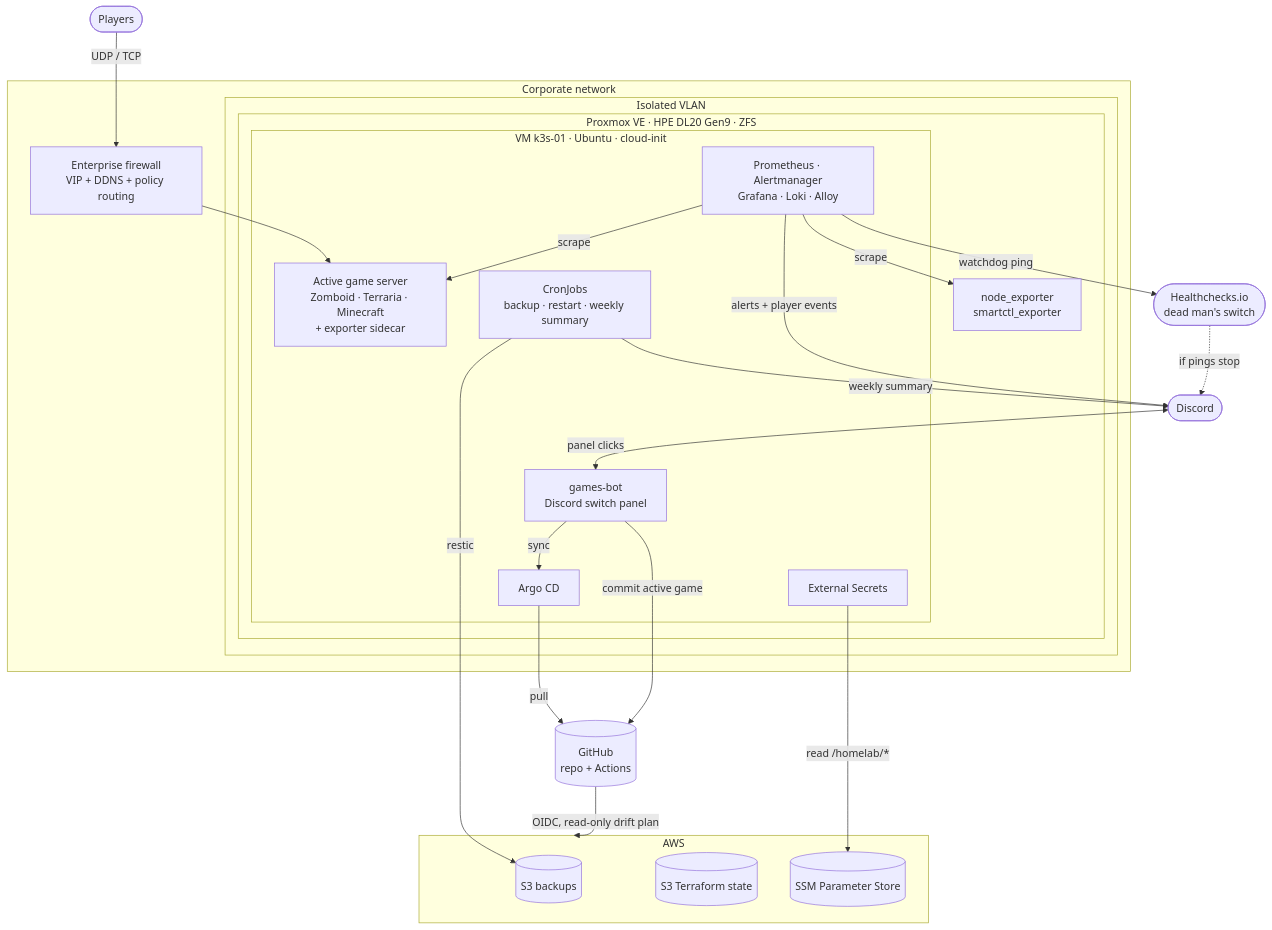
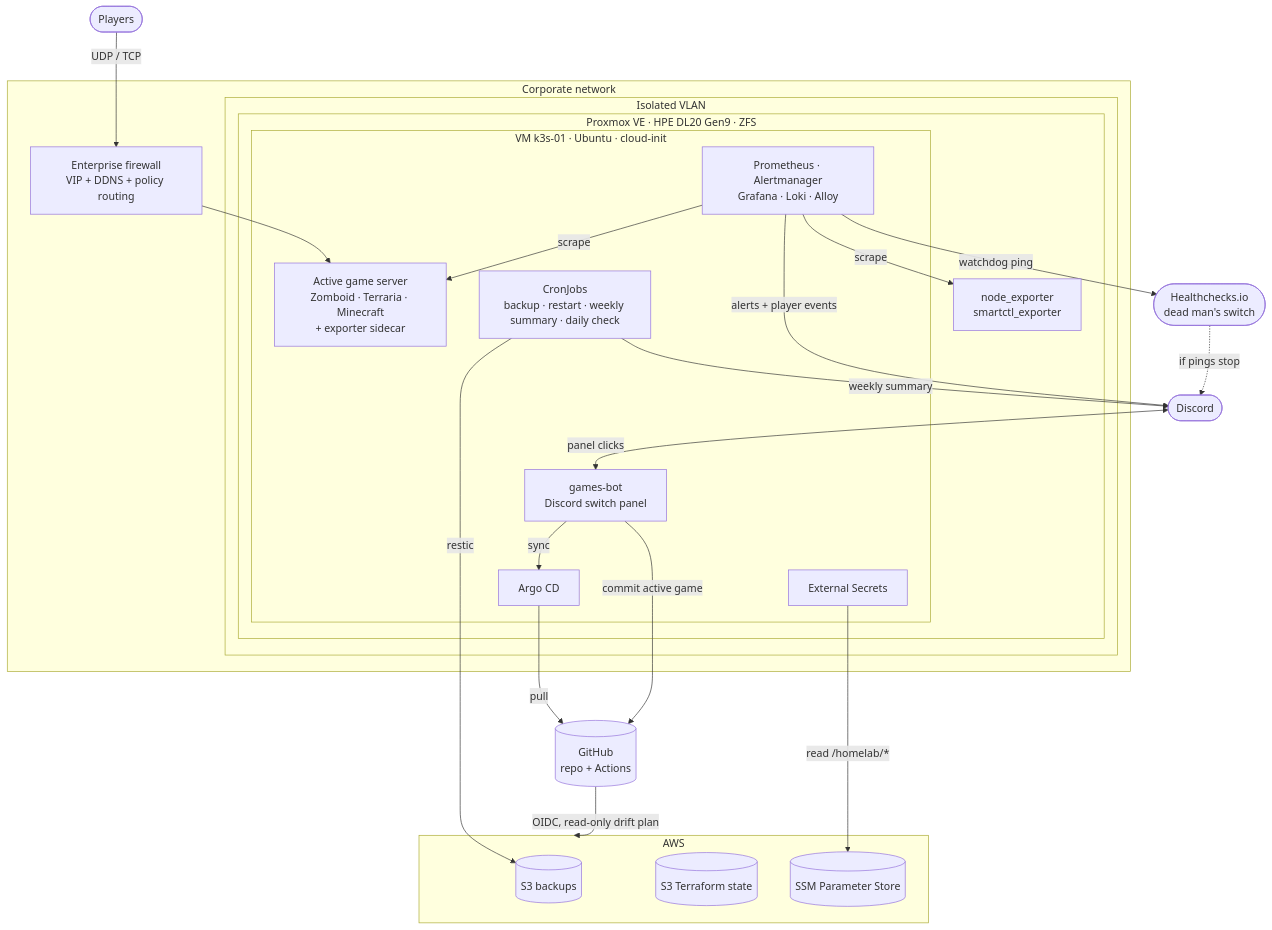
Before and after one commit to iagorp6/proxmox-k3s-platform: the first of 2 diagrams in README.md, drawn with Mermaid. The commit also changed other lines of this file and 3 other files, not shown here.

````diff
--- a/README.md
+++ b/README.md
@@ -32,45 +32,45 @@
 ```mermaid
 flowchart TB
     players(["Players"])
     discord(["Discord"])
     hc(["Healthchecks.io<br/>dead man's switch"])
     github[("GitHub<br/>repo + Actions")]
 
     subgraph corp["Corporate network"]
         fw["Enterprise firewall<br/>VIP + DDNS + policy routing"]
         subgraph vlan["Isolated VLAN"]
             subgraph pve["Proxmox VE · HPE DL20 Gen9 · ZFS"]
                 hostexp["node_exporter<br/>smartctl_exporter"]
                 subgraph vm["VM k3s-01 · Ubuntu · cloud-init"]
                     argo["Argo CD"]
                     bot["games-bot<br/>Discord switch panel"]
                     game["Active game server<br/>Zomboid · Terraria · Minecraft<br/>+ exporter sidecar"]
-                    jobs["CronJobs<br/>backup · restart · weekly summary"]
+                    jobs["CronJobs<br/>backup · restart · weekly summary · daily check"]
                     eso["External Secrets"]
                     mon["Prometheus · Alertmanager<br/>Grafana · Loki · Alloy"]
                 end
             end
         end
     end
 
     subgraph aws["AWS"]
         s3b[("S3 backups")]
         s3s[("S3 Terraform state")]
         ssm[("SSM Parameter Store")]
     end
 
     players -->|"UDP / TCP"| fw --> game
     argo -->|"pull"| github
     eso -->|"read /homelab/*"| ssm
     jobs -->|"restic"| s3b
     jobs -->|"weekly summary"| discord
     mon -->|"scrape"| game
     mon -->|"scrape"| hostexp
     mon -->|"alerts + player events"| discord
     mon -->|"watchdog ping"| hc
     hc -.->|"if pings stop"| discord
     discord <-->|"panel clicks"| bot
     bot -->|"commit active game"| github
     bot -->|"sync"| argo
     github -->|"OIDC, read-only drift plan"| aws
 ```
````
